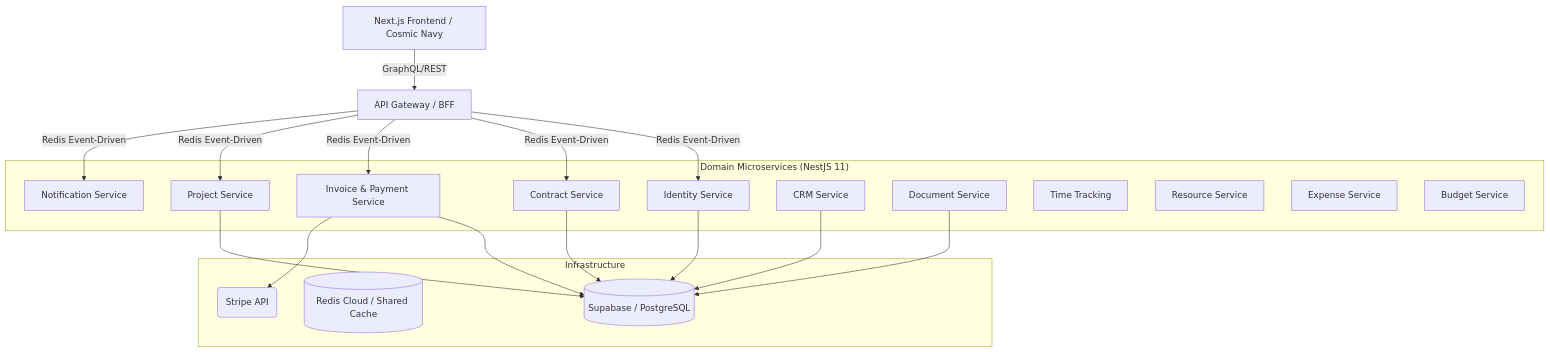
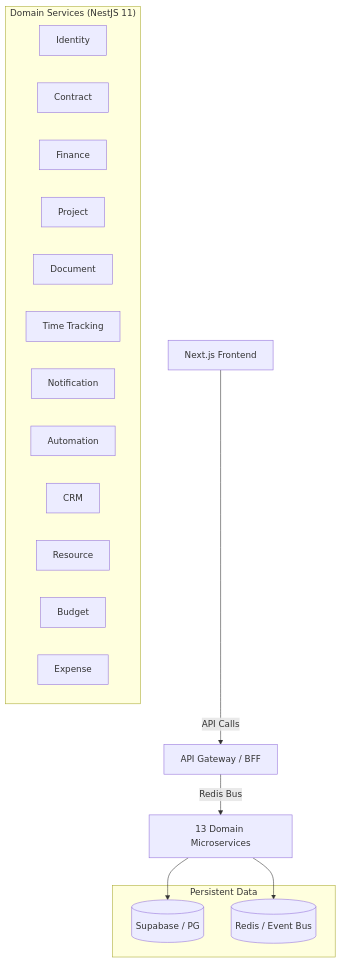
One commit to NajibOladosu/Velluma changed the diagram in README.md. Above: the diagram before and after it, drawn with Mermaid. The commit also changed other lines of this file, not shown here.

Commit message:
docs: overhaul README with a new project vision, detailed technical architecture, modular design system, updated infrastructure overview, and revised development workflow.

````diff
--- a/README.md
+++ b/README.md
@@ -37,32 +48,28 @@
 ```mermaid
 graph TD
-    Client[Next.js Frontend / Cosmic Navy] -->|GraphQL/REST| Gateway[API Gateway / BFF]
-    Gateway -->|Redis Event-Driven| Identity[Identity Service]
-    Gateway -->|Redis Event-Driven| Contract[Contract Service]
-    Gateway -->|Redis Event-Driven| Finance[Invoice & Payment Service]
-    Gateway -->|Redis Event-Driven| Project[Project Service]
-    Gateway -->|Redis Event-Driven| Notification[Notification Service]
+    UI[Next.js Frontend] -->|API Calls| Gateway[API Gateway / BFF]
+    Gateway -->|Redis Bus| Services[13 Domain Microservices]
     
-    subgraph "Domain Microservices (NestJS 11)"
-        Identity
-        Contract
-        Finance
-        Project
-        Notification
-        CRM[CRM Service]
-        Docs[Document Service]
+    subgraph "Domain Services (NestJS 11)"
+        Identity[Identity]
+        Contract[Contract]
+        Finance[Finance]
+        Project[Project]
+        Document[Document]
         Time[Time Tracking]
-        Resource[Resource Service]
-        Expense[Expense Service]
-        Budget[Budget Service]
+        Notification[Notification]
+        Automation[Automation]
+        CRM[CRM]
+        Resource[Resource]
+        Budget[Budget]
+        Expense[Expense]
     end
 
-    subgraph "Infrastructure"
-        Supabase[(Supabase / PostgreSQL)]
-        Redis[(Redis Cloud / Shared Cache)]
-        Stripe(Stripe API)
+    subgraph "Persistent Data"
+        Supabase[(Supabase / PG)]
+        Redis[(Redis / Event Bus)]
     end
 
-    Identity & Contract & Finance & Project & CRM & Docs --> Supabase
-    Finance --> Stripe
+    Services --> Supabase
+    Services --> Redis
 ```
````
